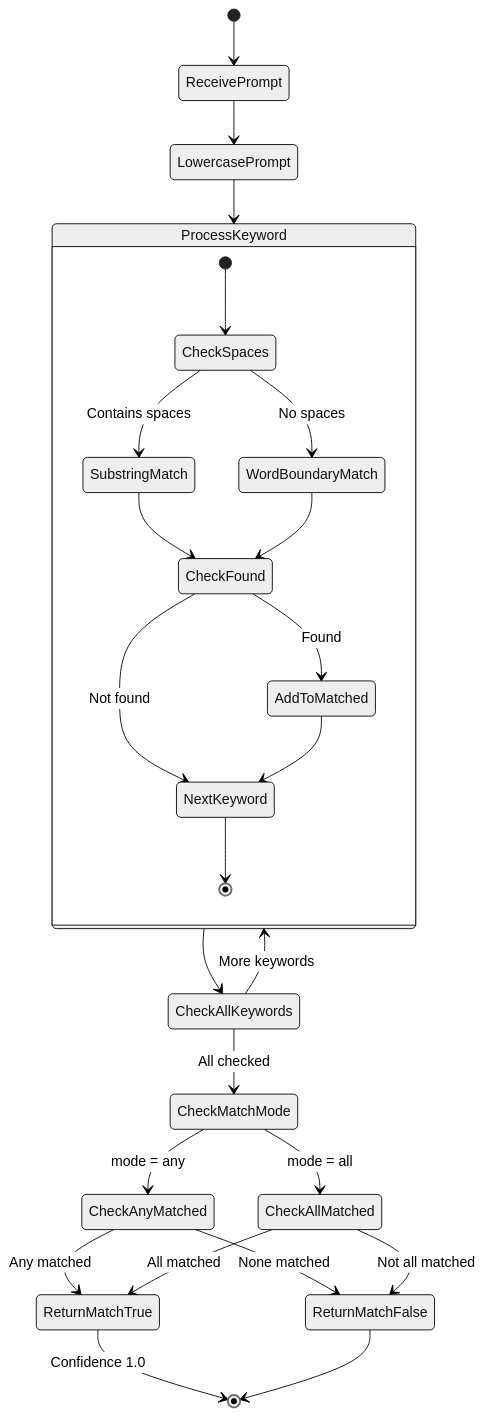
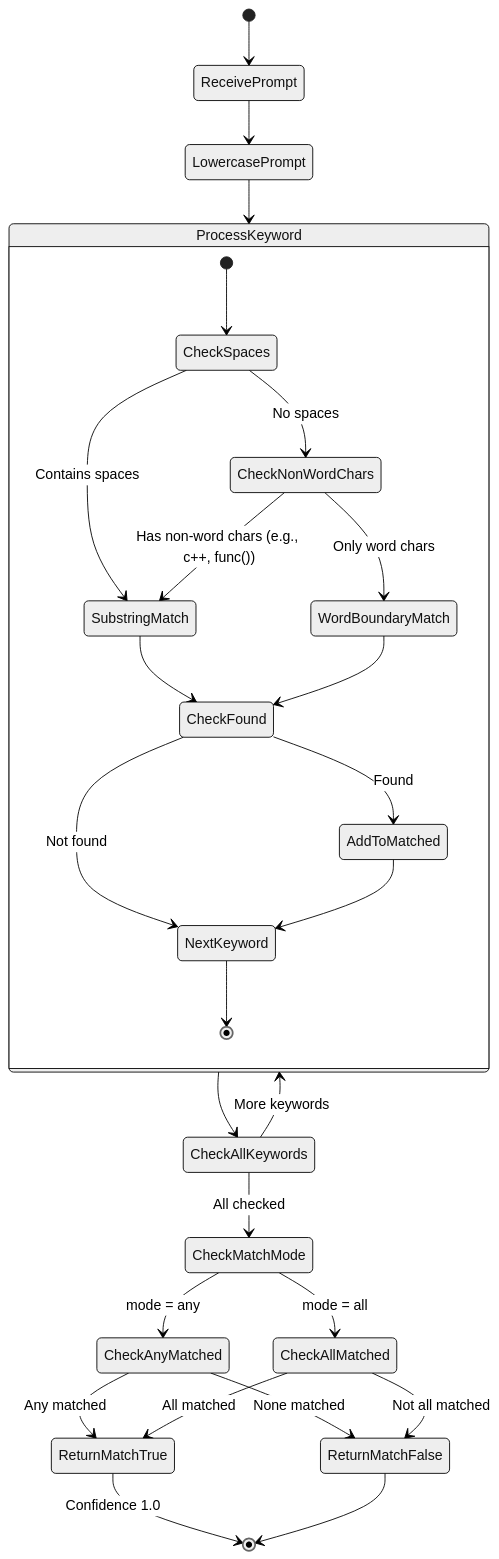
Before and after one commit to twistingmercury/mnemonic-mcp: the tenth of 19 diagrams in docs/design/routing-engine.md, drawn with Mermaid (neutral theme). The commit also changed other lines of this file and 12 other files, not shown here.

````diff
--- a/docs/design/routing-engine.md
+++ b/docs/design/routing-engine.md
@@ -626,45 +635,49 @@
 ```mermaid
 stateDiagram-v2
     [*] --> ReceivePrompt
     ReceivePrompt --> LowercasePrompt
     LowercasePrompt --> ProcessKeyword
 
     state ProcessKeyword {
         [*] --> CheckSpaces
 
         state CheckSpaces <<choice>>
         CheckSpaces --> SubstringMatch: Contains spaces
-        CheckSpaces --> WordBoundaryMatch: No spaces
+        CheckSpaces --> CheckNonWordChars: No spaces
+
+        state CheckNonWordChars <<choice>>
+        CheckNonWordChars --> SubstringMatch: Has non-word chars (e.g., c++, func())
+        CheckNonWordChars --> WordBoundaryMatch: Only word chars
 
         SubstringMatch --> CheckFound
         WordBoundaryMatch --> CheckFound
 
         state CheckFound <<choice>>
         CheckFound --> AddToMatched: Found
         CheckFound --> NextKeyword: Not found
 
         AddToMatched --> NextKeyword
         NextKeyword --> [*]
     }
 
     ProcessKeyword --> CheckAllKeywords
 
     state CheckAllKeywords <<choice>>
     CheckAllKeywords --> ProcessKeyword: More keywords
     CheckAllKeywords --> CheckMatchMode: All checked
 
     state CheckMatchMode <<choice>>
     CheckMatchMode --> CheckAnyMatched: mode = any
     CheckMatchMode --> CheckAllMatched: mode = all
 
     state CheckAnyMatched <<choice>>
     CheckAnyMatched --> ReturnMatchTrue: Any matched
     CheckAnyMatched --> ReturnMatchFalse: None matched
 
     state CheckAllMatched <<choice>>
     CheckAllMatched --> ReturnMatchTrue: All matched
     CheckAllMatched --> ReturnMatchFalse: Not all matched
 
     ReturnMatchTrue --> [*]: Confidence 1.0
     ReturnMatchFalse --> [*]
 ```
````
